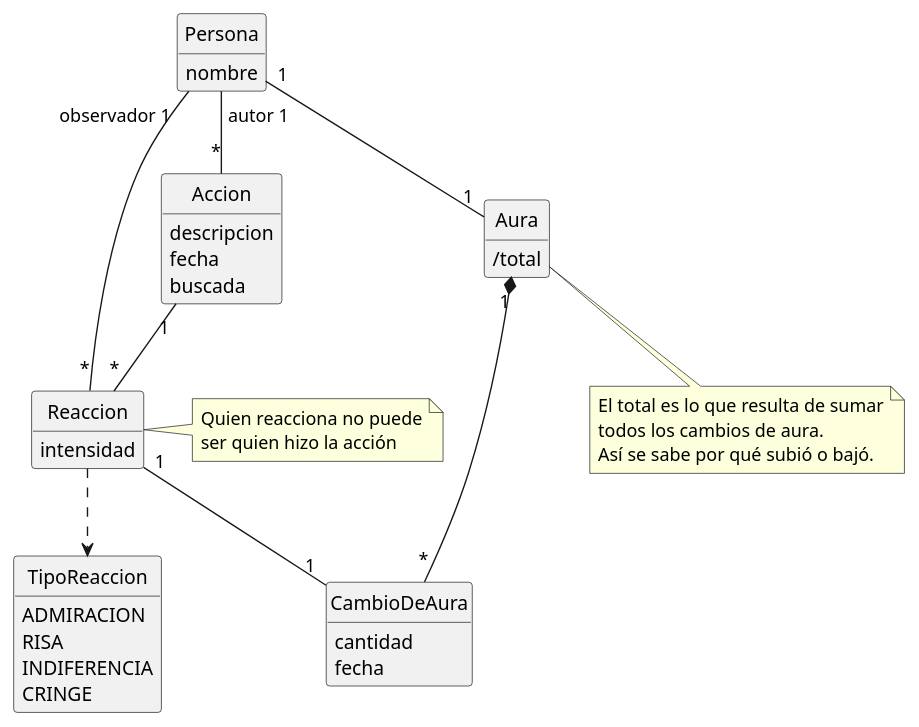
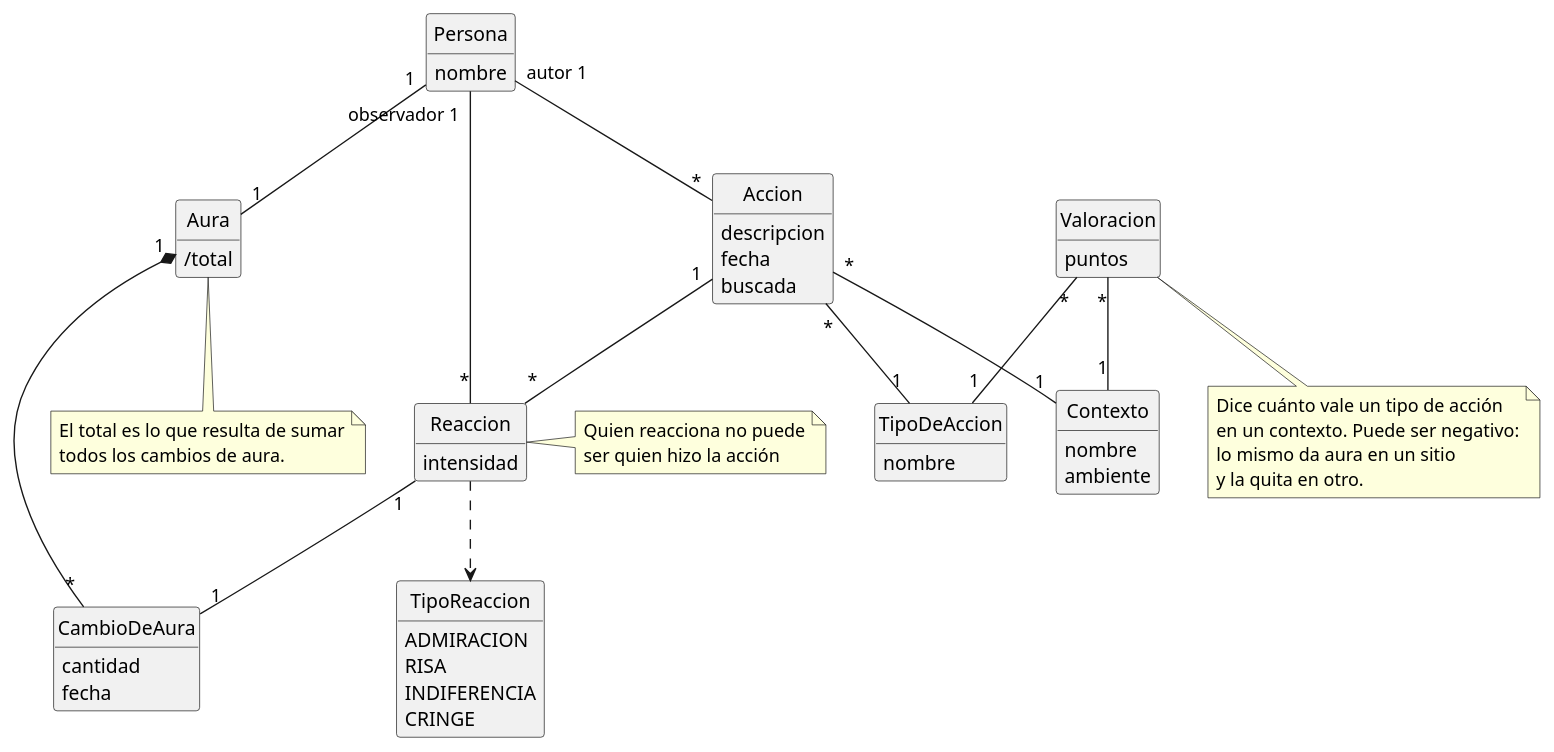
Before and after one commit to JaimeLomo/26-27-idsw1: the diagram in entregas/LomoJaime/Ejercicios/FarmearAuraMejorado.puml, drawn with PlantUML. The commit also changed 1 other file, not shown here.

Commit message:
Ultimos detalles de farmear aura

```diff
--- a/entregas/LomoJaime/Ejercicios/FarmearAuraMejorado.puml
+++ b/entregas/LomoJaime/Ejercicios/FarmearAuraMejorado.puml
@@ -1,48 +1,69 @@
 @startuml
 hide circle
 hide empty members
 
 class Persona {
   nombre
 }
 class Aura {
   /total
 }
 class Accion {
   descripcion
   fecha
   buscada
 }
 class Reaccion {
   intensidad
 }
 class CambioDeAura {
   cantidad
   fecha
 }
+class Contexto {
+  nombre
+  ambiente
+}
+class TipoDeAccion {
+  nombre
+}
+class Valoracion {
+  puntos
+}
 enum TipoReaccion {
   ADMIRACION
   RISA
   INDIFERENCIA
   CRINGE
 }
 
 Persona "1" -- "1" Aura
 Persona "autor 1" -- "*" Accion
 Persona "observador 1" -- "*" Reaccion
 Accion "1" -- "*" Reaccion
 Reaccion ..> TipoReaccion
 Reaccion "1" -- "1" CambioDeAura
 Aura "1" *-- "*" CambioDeAura
 
+Accion "*" -- "1" Contexto
+Accion "*" -- "1" TipoDeAccion
+Valoracion "*" -- "1" Contexto
+Valoracion "*" -- "1" TipoDeAccion
+
 note right of Reaccion
   Quien reacciona no puede
   ser quien hizo la acción
 end note
 
 note bottom of Aura
   El total es lo que resulta de sumar
   todos los cambios de aura.
-  Así se sabe por qué subió o bajó.
+end note
+
+note bottom of Valoracion
+  Dice cuánto vale un tipo de acción
+  en un contexto. Puede ser negativo:
+  lo mismo da aura en un sitio
+  y la quita en otro.
 end note
 @enduml
```
